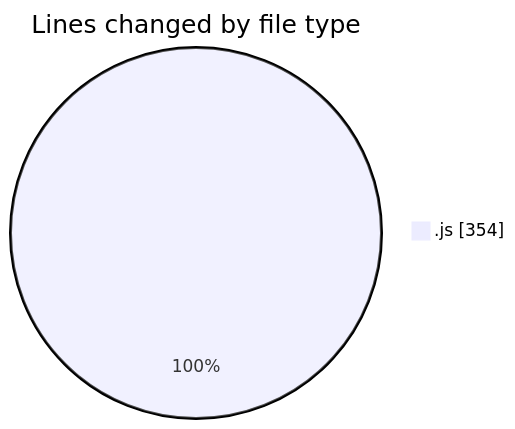
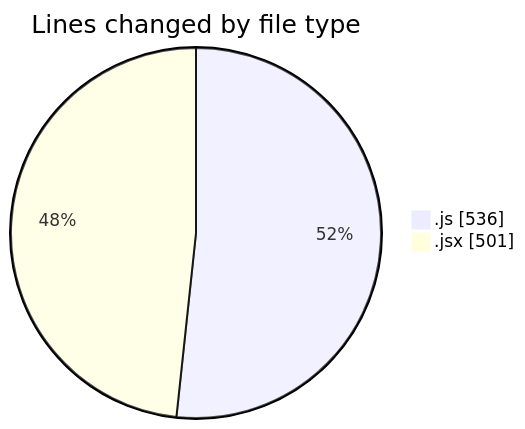
One commit to nxtqubesakshisongat/code-tracking changed the first of 2 diagrams in 2025-11-09/nxtqube_webapp/README.md. Above: the diagram before and after it, drawn with Mermaid. The commit also changed other lines of this file and 1 other file, not shown here.

````diff
--- a/2025-11-09/nxtqube_webapp/README.md
+++ b/2025-11-09/nxtqube_webapp/README.md
@@ -20,5 +22,6 @@
 ```mermaid
 pie showData
 title Lines changed by file type
-".js" : 354
+".js" : 536
+".jsx" : 501
 ```
````
